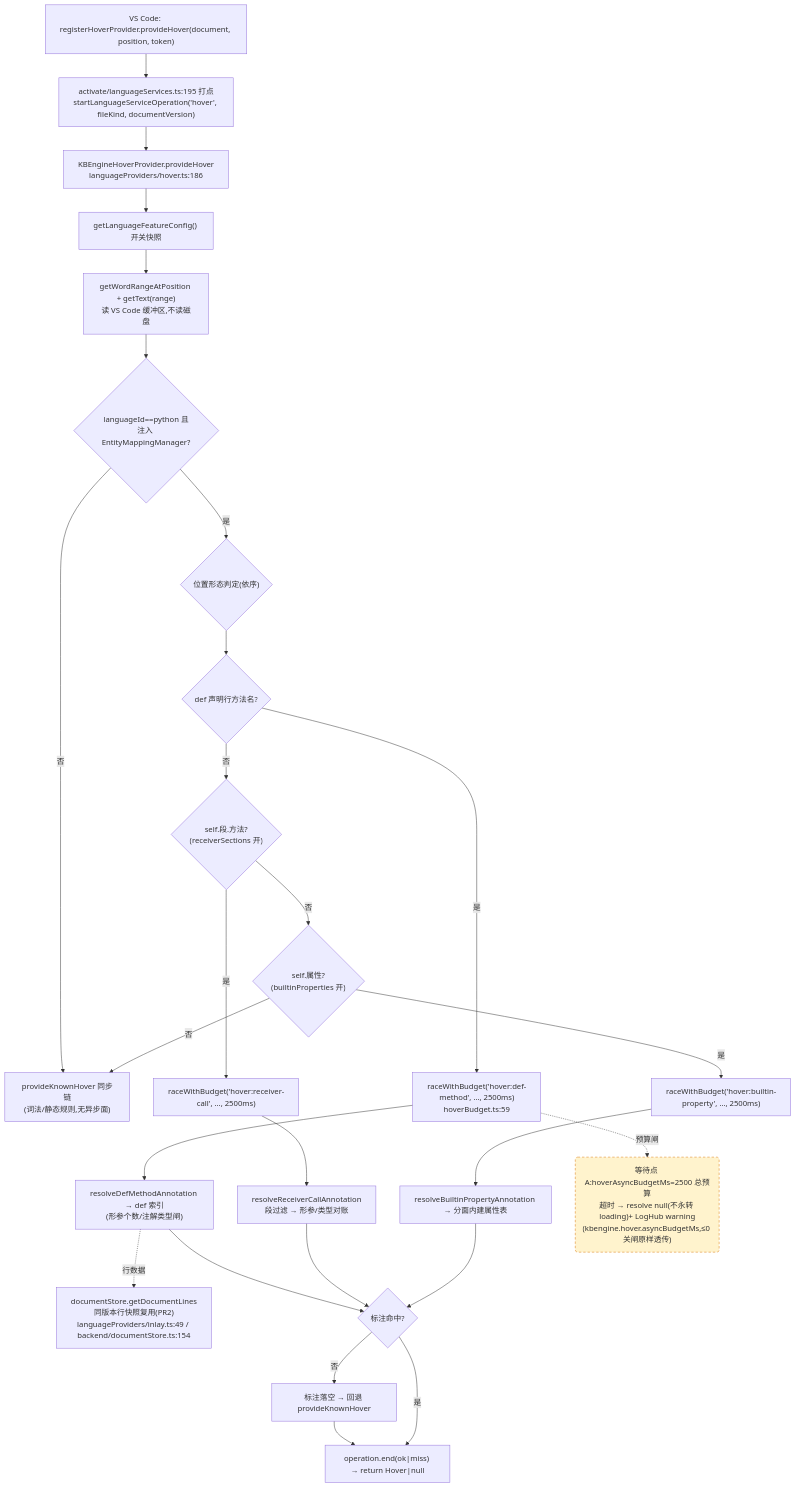
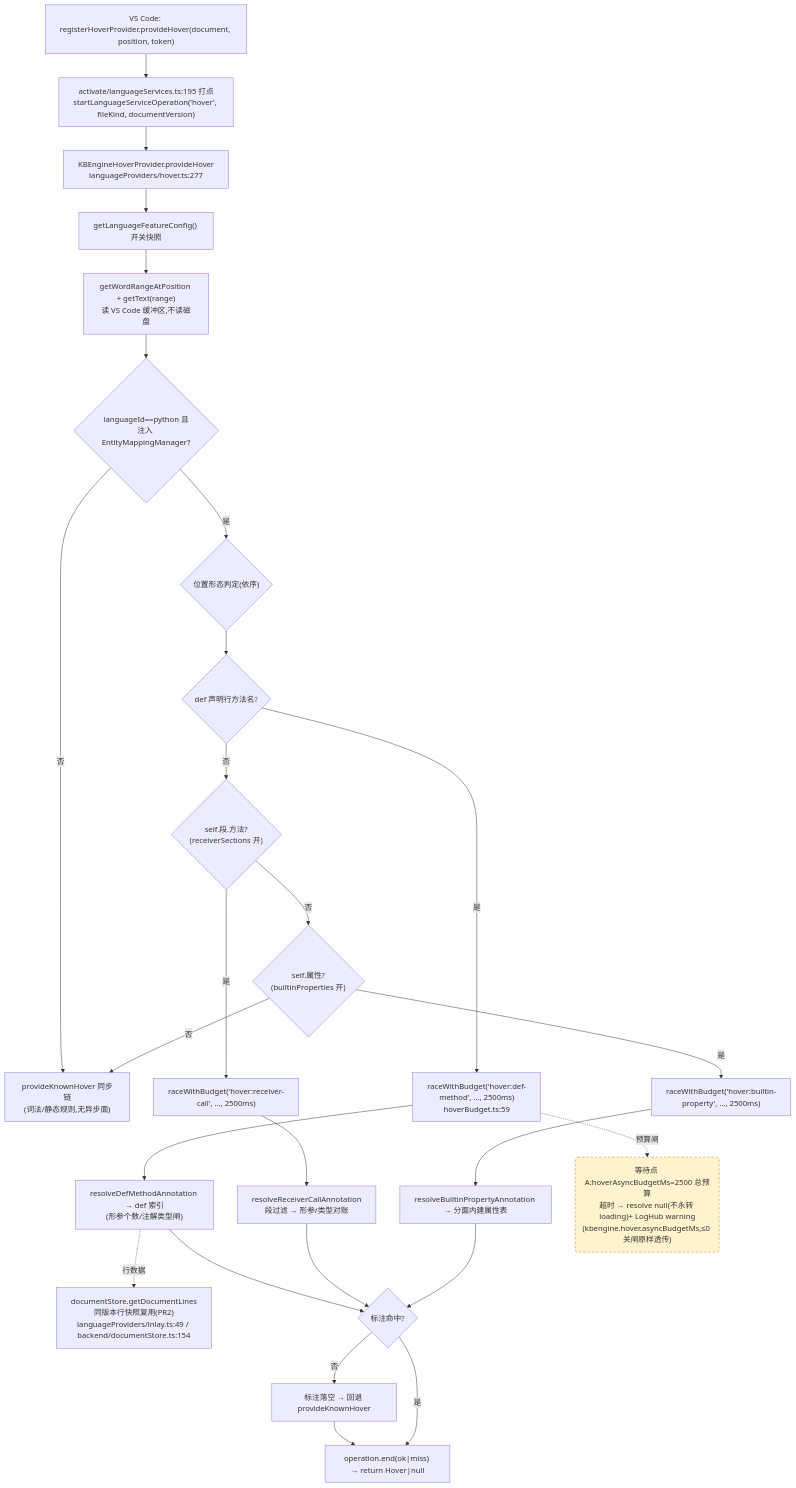
Before and after one commit to cuihairu/kode: the first of 4 diagrams in docs/perf/2026-baseline.md, drawn with Mermaid. The commit also changed 17 other files, not shown here.

````diff
--- a/docs/perf/2026-baseline.md
+++ b/docs/perf/2026-baseline.md
@@ -82,45 +82,45 @@
 ```mermaid
 flowchart TD
   VC1["VS Code: registerHoverProvider.provideHover(document, position, token)"]
   M1["activate/languageServices.ts:195 打点<br/>startLanguageServiceOperation('hover', fileKind, documentVersion)"]
-  HP["KBEngineHoverProvider.provideHover<br/>languageProviders/hover.ts:186"]
+  HP["KBEngineHoverProvider.provideHover<br/>languageProviders/hover.ts:277"]
   CFG["getLanguageFeatureConfig() 开关快照"]
   WORD["getWordRangeAtPosition + getText(range)<br/>读 VS Code 缓冲区,不读磁盘"]
   BR{"languageId==python 且<br/>注入 EntityMappingManager?"}
   KN["provideKnownHover 同步链<br/>(词法/静态规则,无异步面)"]
   POS{"位置形态判定(依序)"}
   D1{"def 声明行方法名?"}
   D2{"self.段.方法?<br/>(receiverSections 开)"}
   D3{"self.属性?<br/>(builtinProperties 开)"}
   RA1["raceWithBudget('hover:def-method', …, 2500ms)<br/>hoverBudget.ts:59"]
   RA2["raceWithBudget('hover:receiver-call', …, 2500ms)"]
   RA3["raceWithBudget('hover:builtin-property', …, 2500ms)"]
   RS1["resolveDefMethodAnnotation → def 索引<br/>(形参个数/注解类型闸)"]
   RS2["resolveReceiverCallAnnotation<br/>段过滤 → 形参/类型对账"]
   RS3["resolveBuiltinPropertyAnnotation → 分面内建属性表"]
   LINES["documentStore.getDocumentLines<br/>同版本行快照复用(PR2)<br/>languageProviders/inlay.ts:49 / backend/documentStore.ts:154"]
   MISS["标注落空 → 回退 provideKnownHover"]
   END1["operation.end(ok|miss) → return Hover|null"]
 
   VC1 --> M1 --> HP --> CFG --> WORD --> BR
   BR -- "否" --> KN
   BR -- "是" --> POS --> D1
   D1 -- "是" --> RA1 --> RS1
   D1 -- "否" --> D2
   D2 -- "是" --> RA2 --> RS2
   D2 -- "否" --> D3
   D3 -- "是" --> RA3 --> RS3
   D3 -- "否" --> KN
   RS1 --> HIT{"标注命中?"}
   RS2 --> HIT
   RS3 --> HIT
   RS1 -.->|行数据| LINES
   HIT -- "否" --> MISS --> END1
   HIT -- "是" --> END1
 
   WAITA("等待点 A:hoverAsyncBudgetMs=2500 总预算<br/>超时 → resolve null(不永转 loading)+ LogHub warning<br/>(kbengine.hover.asyncBudgetMs,≤0 关闸原样透传)")
   RA1 -.->|预算闸| WAITA
 
   classDef waitPoint fill:#fff3cd,stroke:#d97706,stroke-dasharray:5 4;
   class WAITA waitPoint;
 ```
````
